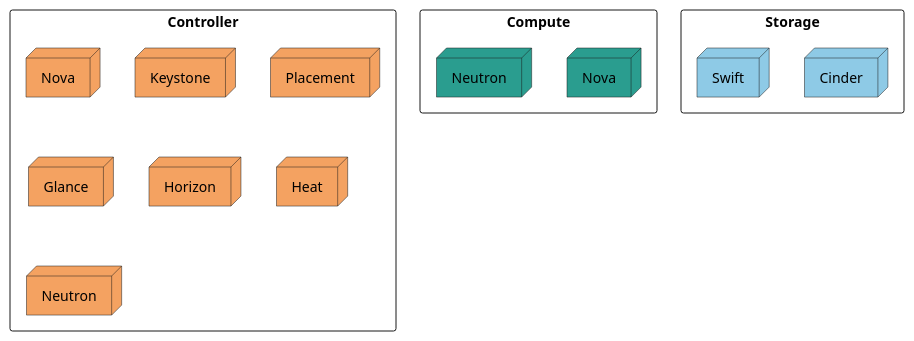
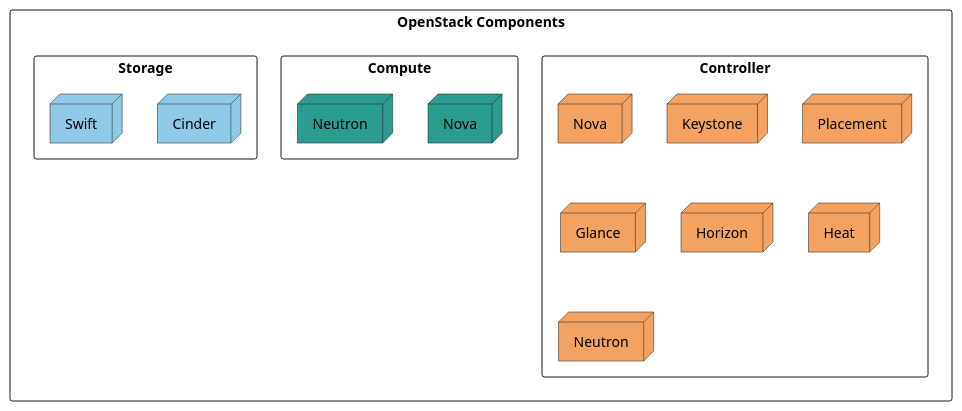
The first of 2 diagrams in src/docs/openstack-architecture.org (greppers/greppers.github.io), drawn with PlantUML before and after one commit. The commit also changed other lines of this file and 6 other files, not shown here.

```diff
--- a/src/docs/openstack-architecture.org
+++ b/src/docs/openstack-architecture.org
@@ -5,26 +11,28 @@
-#+begin_src plantuml :file ../../assets/images/arch.svg :exports results
+#+begin_src plantuml :file ../../assets/images/openstack-nodes.svg :exports results
 @startuml
 skinparam BackgroundColor transparent
 skinparam componentStyle rectangle
 
-component Controller {
-	node Nova as NO1 #f4a261
-	node Keystone   #f4a261
-	node Placement  #f4a261
-	node Glance     #f4a261
-	node Horizon    #f4a261
-	node Heat       #f4a261
-	node Neutron as NE1    #f4a261
-}
+component "OpenStack Components" {
+	component Controller {
+		node Nova as NO1 #f4a261
+		node Keystone   #f4a261
+		node Placement  #f4a261
+		node Glance     #f4a261
+		node Horizon    #f4a261
+		node Heat       #f4a261
+		node Neutron as NE1    #f4a261
+	}
 
-component Compute {
-	node Nova as NO2     #2a9d8f
-	node Neutron as NE2 #2a9d8f
-}
+	component Compute {
+		node Nova as NO2     #2a9d8f
+		node Neutron as NE2 #2a9d8f
+	}
 
-component Storage {
-	node Cinder    #8ecae6
-	node Swift     #8ecae6
+	component Storage {
+		node Cinder    #8ecae6
+		node Swift     #8ecae6
+	}
 }
 @enduml
 #+end_src
```
